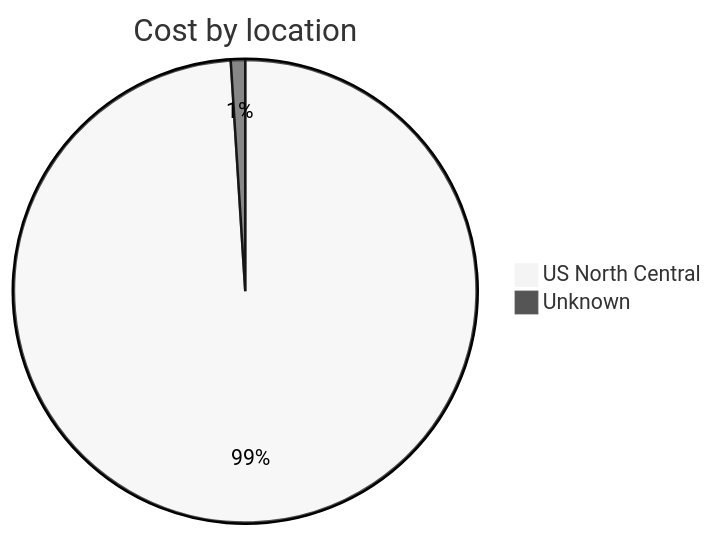
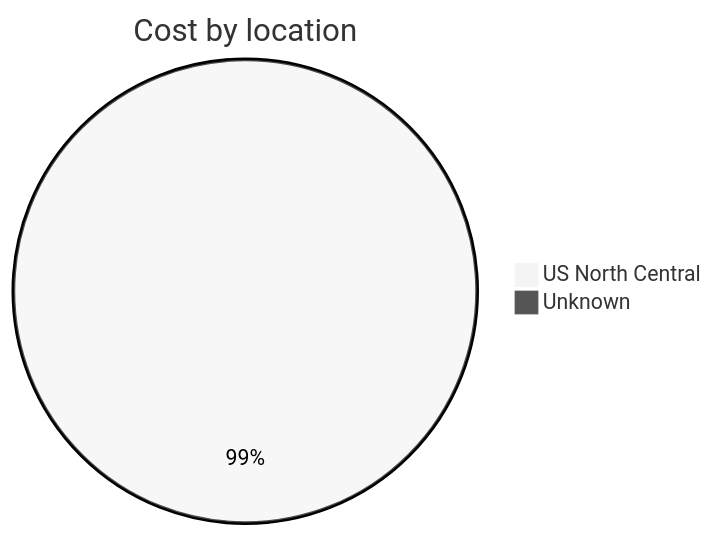
Before and after one commit to jpfulton/azure-personal-reports: the third of 4 diagrams in cost-reports/personal-network/README.md, drawn with Mermaid (neutral theme). The commit also changed other lines of this file and 8 other files, not shown here.

````diff
--- a/cost-reports/personal-network/README.md
+++ b/cost-reports/personal-network/README.md
@@ -114,6 +114,6 @@
 ```mermaid
 pie
    title Cost by location
-   "US North Central" : 38.53
-   "Unknown" : 0.39
+   "US North Central" : 40.82
+   "Unknown" : 0.40
 ```
````
